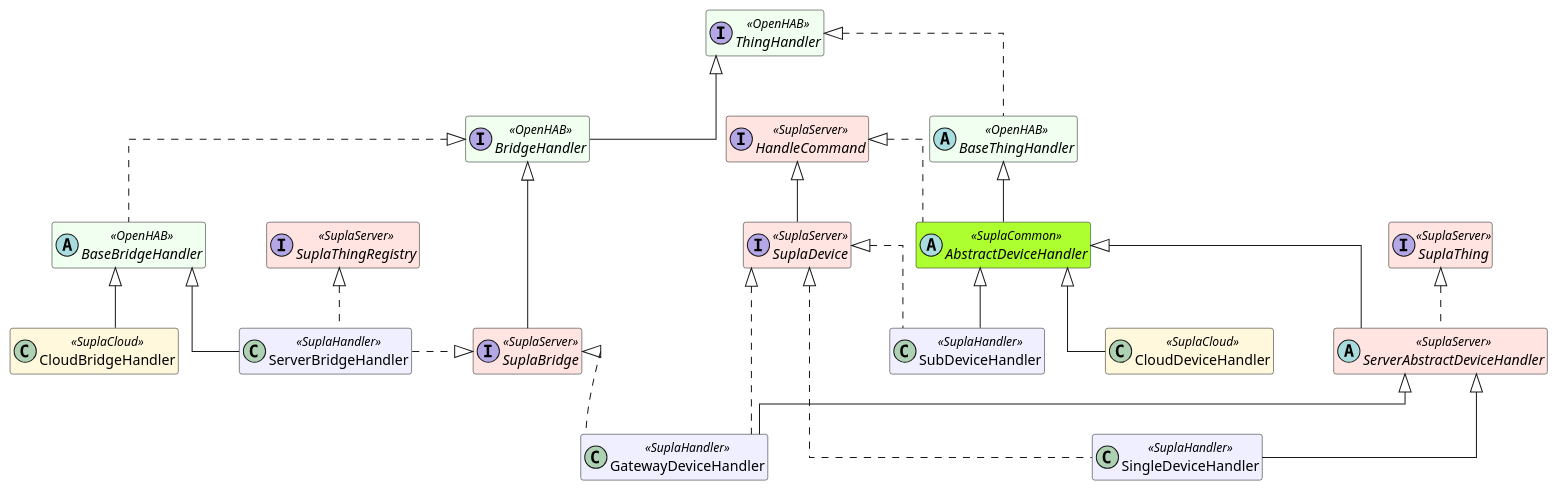
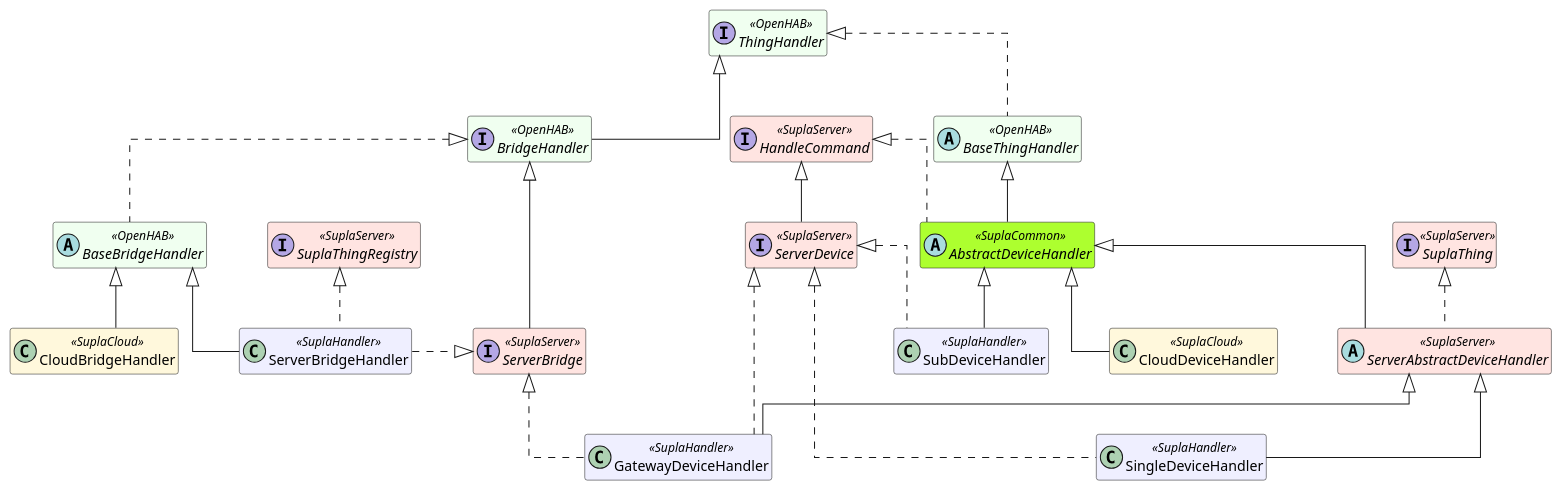
The diagram in puml/handler-inheritance.puml (magx2/openhab-supla), drawn with PlantUML before and after one commit. The commit also changed 12 other files, not shown here.

Commit message:
Rename SuplaDevice.java and SuplaBridge.java

```diff
--- a/puml/handler-inheritance.puml
+++ b/puml/handler-inheritance.puml
@@ -1,70 +1,70 @@
 @startuml
 skinparam classAttributeIconSize 0
 skinparam linetype ortho
 skinparam nodesep 60
 skinparam ranksep 60
 hide empty members
 
 ' Keep the most-shared abstractions visually at the top
 top to bottom direction
 
 skinparam class {
 BackgroundColor<<OpenHAB>> HoneyDew
 BackgroundColor<<SuplaCloud>> Cornsilk
 BackgroundColor<<SuplaServer>> MistyRose
 BackgroundColor<<SuplaHandler>> Motivation
 BackgroundColor<<SuplaCommon>> GreenYellow
 }
 
 ' Anchor heavily used OpenHAB and Supla abstractions on the top rank
 interface ThingHandler <<OpenHAB>>
 interface BridgeHandler <<OpenHAB>>
 abstract class BaseThingHandler <<OpenHAB>>
 abstract class BaseBridgeHandler <<OpenHAB>>
 
 abstract class AbstractDeviceHandler <<SuplaCommon>>
 abstract class ServerAbstractDeviceHandler <<SuplaServer>>
 
 interface HandleCommand <<SuplaServer>>
-interface SuplaDevice <<SuplaServer>>
+interface ServerDevice <<SuplaServer>>
 interface SuplaThing <<SuplaServer>>
 interface SuplaThingRegistry <<SuplaServer>>
-interface SuplaBridge <<SuplaServer>>
+interface ServerBridge <<SuplaServer>>
 
 class GatewayDeviceHandler <<SuplaHandler>>
 class SingleDeviceHandler <<SuplaHandler>>
 class SubDeviceHandler <<SuplaHandler>>
 class ServerBridgeHandler <<SuplaHandler>>
 
 class CloudBridgeHandler <<SuplaCloud>>
 class CloudDeviceHandler <<SuplaCloud>>
 
 ' OpenHAB core relationships
 ThingHandler <|.. BaseThingHandler
 ThingHandler <|-- BridgeHandler
 BridgeHandler <|.. BaseBridgeHandler
 
 ' Device handler relationships
 BaseThingHandler <|-- AbstractDeviceHandler
 AbstractDeviceHandler <|-- ServerAbstractDeviceHandler
 AbstractDeviceHandler <|-- SubDeviceHandler
 AbstractDeviceHandler <|-- CloudDeviceHandler
 ServerAbstractDeviceHandler <|-- GatewayDeviceHandler
 ServerAbstractDeviceHandler <|-- SingleDeviceHandler
 
 ' Supla trait implementations (device side)
 HandleCommand <|.. AbstractDeviceHandler
-HandleCommand <|-- SuplaDevice
-SuplaDevice <|.. SubDeviceHandler
-SuplaDevice <|.. SingleDeviceHandler
-SuplaDevice <|.. GatewayDeviceHandler
+HandleCommand <|-- ServerDevice
+ServerDevice <|.. SubDeviceHandler
+ServerDevice <|.. SingleDeviceHandler
+ServerDevice <|.. GatewayDeviceHandler
 SuplaThing <|.. ServerAbstractDeviceHandler
 
 ' Bridge handler relationships
 BaseBridgeHandler <|-- CloudBridgeHandler
 BaseBridgeHandler <|-- ServerBridgeHandler
-BridgeHandler <|-- SuplaBridge
-SuplaBridge <|.. GatewayDeviceHandler
-SuplaBridge <|.left. ServerBridgeHandler
+BridgeHandler <|-- ServerBridge
+ServerBridge <|.. GatewayDeviceHandler
+ServerBridge <|.left. ServerBridgeHandler
 SuplaThingRegistry <|.. ServerBridgeHandler
 @enduml
```
